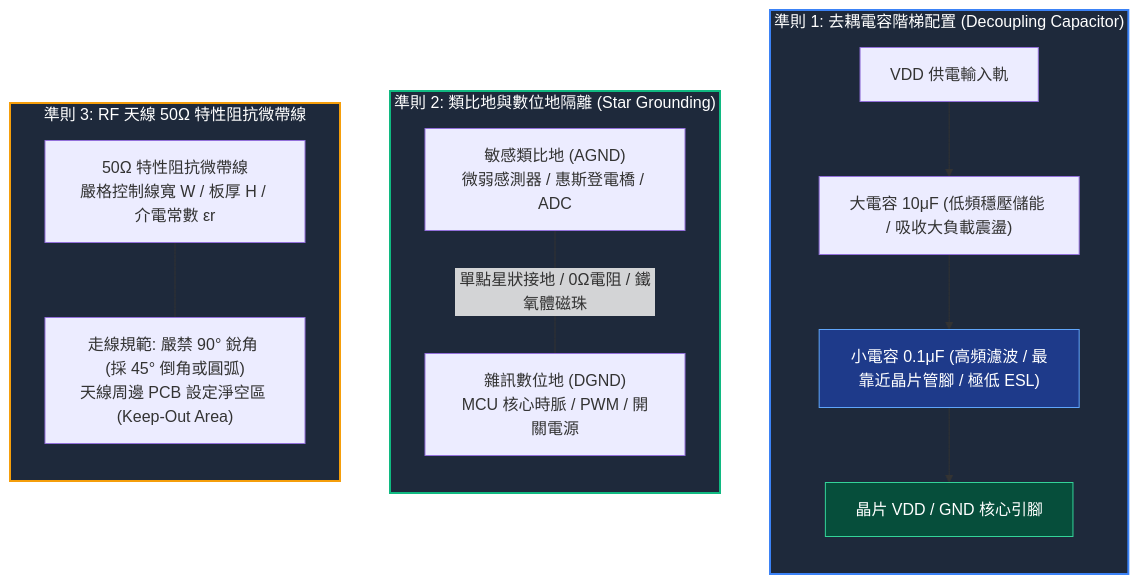
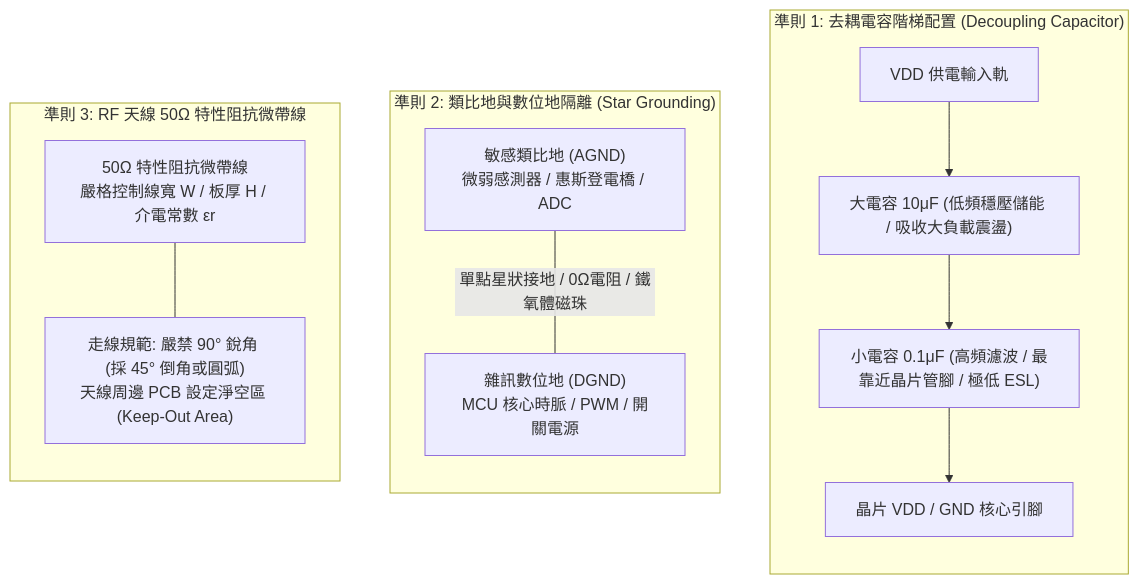
Before and after one commit to ta-lang/iPAS_Test: the first of 5 diagrams in notes/aiot/s2_物聯網系統與應用/L122_軟硬體設計.md, drawn with Mermaid. The commit also changed other lines of this file and 16 other files, not shown here.

Commit message:
fix(mermaid): remove hardcoded styles, add high-contrast theme CSS, and forbid color styling in SOP

````diff
--- a/notes/aiot/s2_物聯網系統與應用/L122_軟硬體設計.md
+++ b/notes/aiot/s2_物聯網系統與應用/L122_軟硬體設計.md
@@ -15,27 +15,22 @@
 ```mermaid
 flowchart TD
     subgraph P1["準則 1: 去耦電容階梯配置 (Decoupling Capacitor)"]
         direction TB
         C1["VDD 供電輸入軌"] --> C2["大電容 10μF (低頻穩壓儲能 / 吸收大負載震盪)"]
         C2 --> C3["小電容 0.1μF (高頻濾波 / 最靠近晶片管腳 / 極低 ESL)"]
         C3 --> C4["晶片 VDD / GND 核心引腳"]
     end
 
     subgraph P2["準則 2: 類比地與數位地隔離 (Star Grounding)"]
         direction TB
         G1["敏感類比地 (AGND)<br>微弱感測器 / 惠斯登電橋 / ADC"] ---|單點星狀接地 / 0Ω電阻 / 鐵氧體磁珠| G2["雜訊數位地 (DGND)<br>MCU 核心時脈 / PWM / 開關電源"]
     end
 
     subgraph P3["準則 3: RF 天線 50Ω 特性阻抗微帶線"]
         direction TB
         R1["50Ω 特性阻抗微帶線<br>嚴格控制線寬 W / 板厚 H / 介電常數 εr"]
         R2["走線規範: 嚴禁 90° 銳角 (採 45° 倒角或圓弧)<br>天線周邊 PCB 設定淨空區 (Keep-Out Area)"]
         R1 --- R2
     end
 
-    style P1 fill:#1e293b,stroke:#3b82f6,stroke-width:2px,color:#fff
-    style P2 fill:#1e293b,stroke:#10b981,stroke-width:2px,color:#fff
-    style P3 fill:#1e293b,stroke:#f59e0b,stroke-width:2px,color:#fff
-    style C3 fill:#1e3a8a,stroke:#60a5fa,color:#fff
-    style C4 fill:#064e3b,stroke:#34d399,color:#fff
 ```
````
